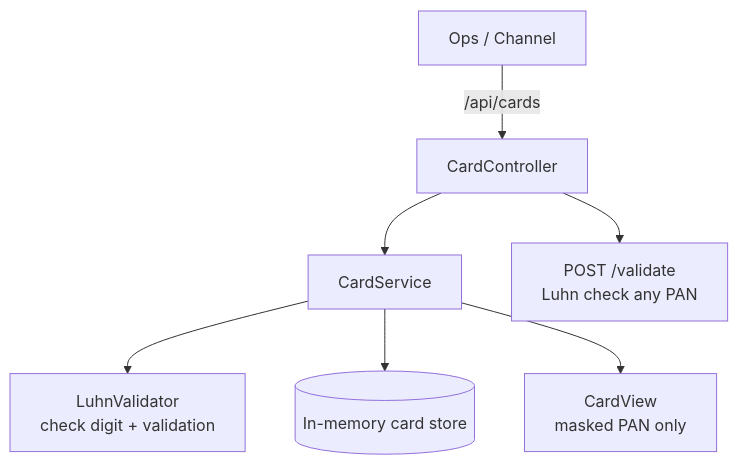
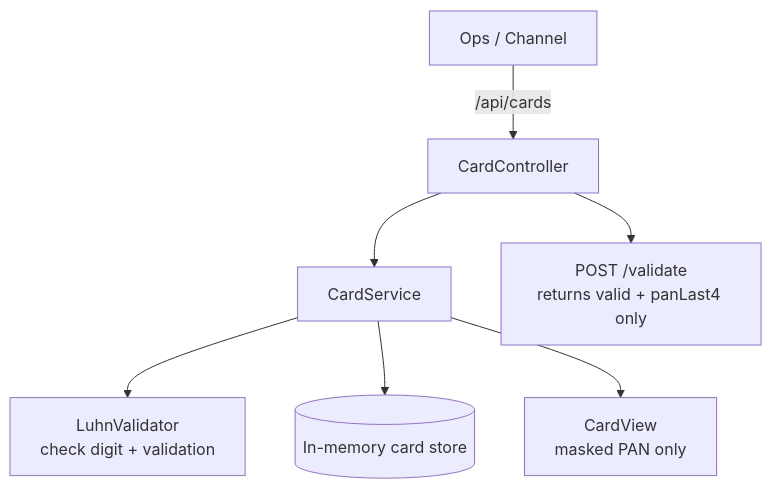
Before and after one commit to Dedmoo/CardLifecycleApi: the first of 2 diagrams in README.md, drawn with Mermaid. The commit also changed other lines of this file and 3 other files, not shown here.

Commit message:
fix: use test IIN and stop echoing full PAN on validate

````diff
--- a/README.md
+++ b/README.md
@@ -9,9 +11,9 @@
 ```mermaid
 flowchart TD
     Client["Ops / Channel"] -->|/api/cards| API["CardController"]
     API --> Service["CardService"]
     Service --> Luhn["LuhnValidator<br/>check digit + validation"]
     Service --> Store[("In-memory card store")]
     Service --> View["CardView<br/>masked PAN only"]
-    API --> Validate["POST /validate<br/>Luhn check any PAN"]
+    API --> Validate["POST /validate<br/>returns valid + panLast4 only"]
 ```
````
